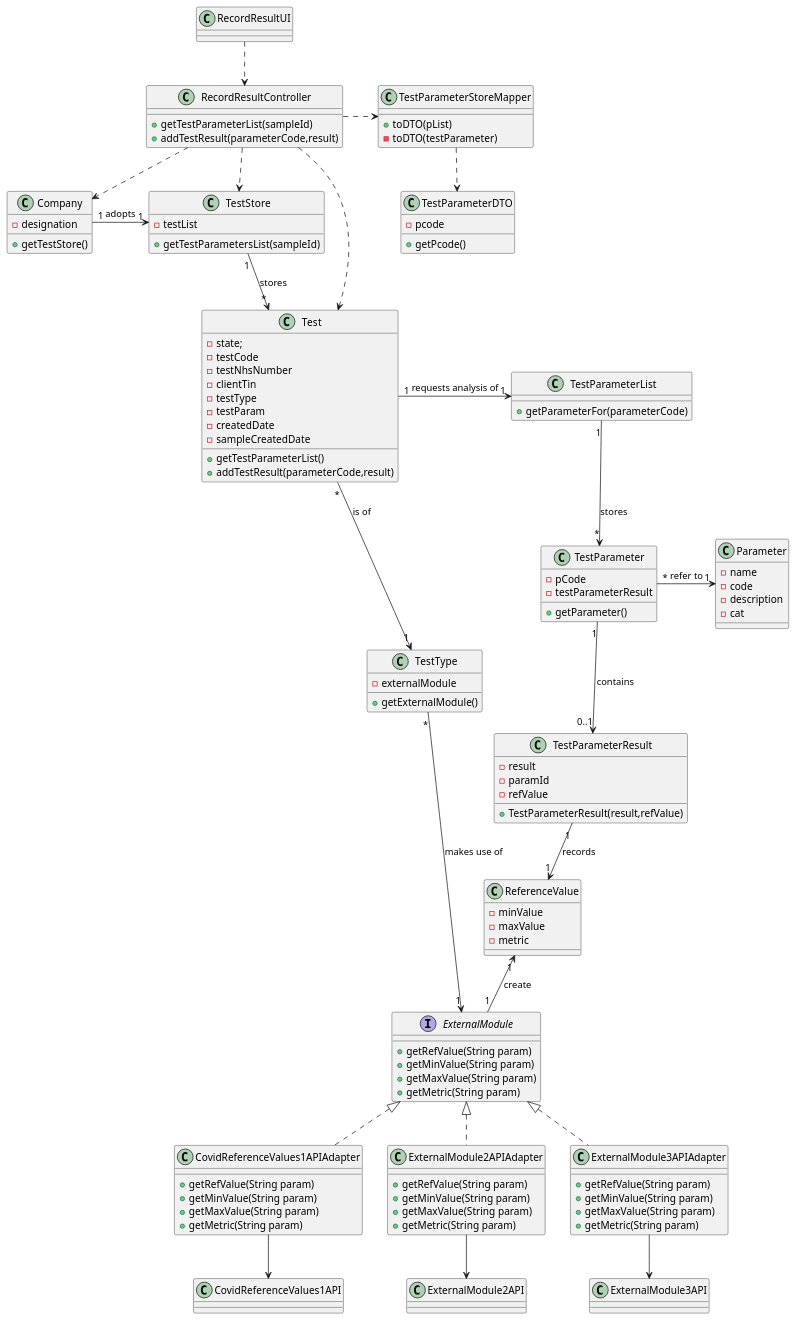
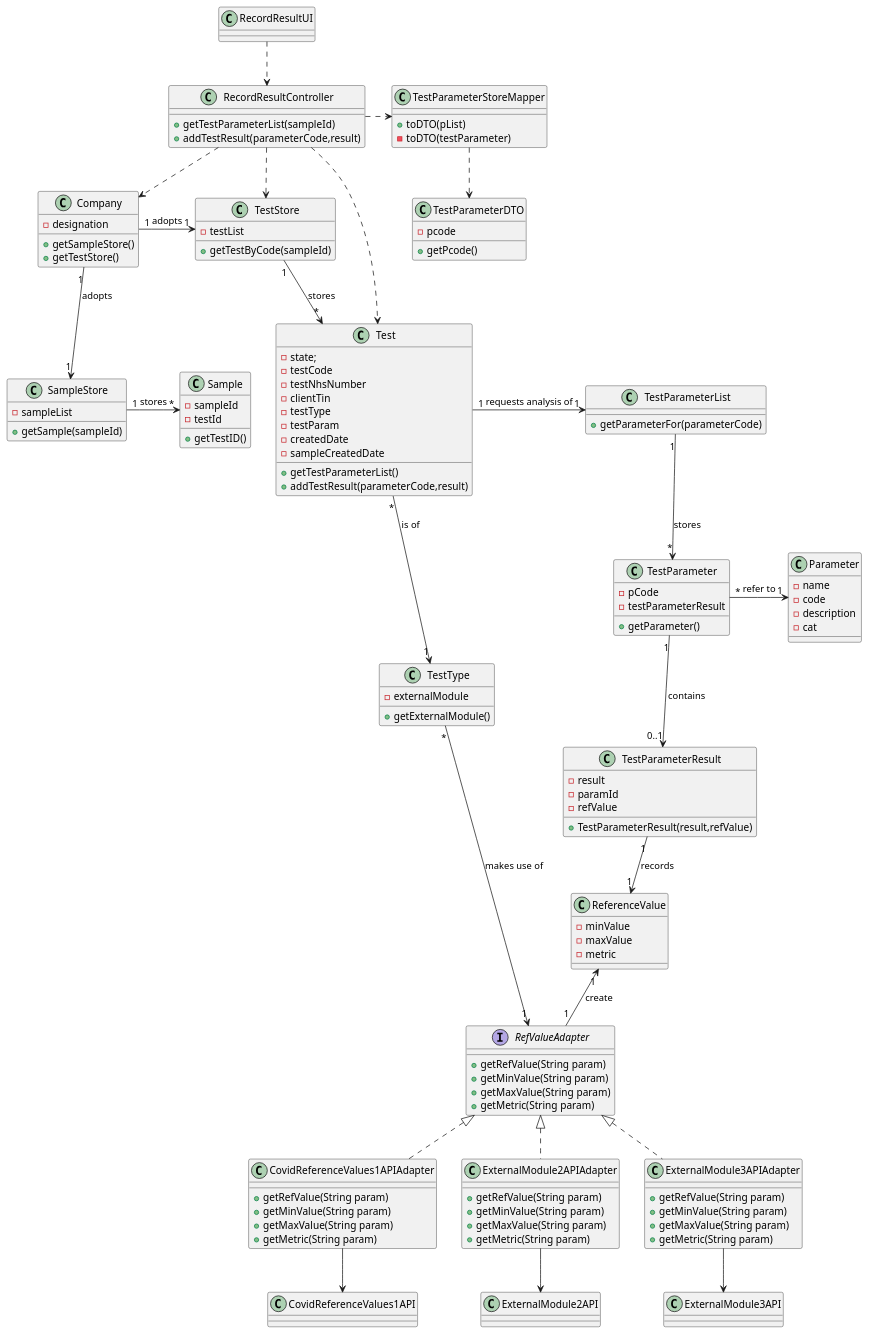
Before and after one commit to MarianaCLages/LAPR2: the diagram in docs/SprintC/US12/US12_CD.puml, drawn with PlantUML. The commit also changed 25 other files, not shown here.

```diff
--- a/docs/SprintC/US12/US12_CD.puml
+++ b/docs/SprintC/US12/US12_CD.puml
@@ -1,128 +1,139 @@
 @startuml
 'https://plantuml.com/class-diagram
 
 class RecordResultUI{
 }
 class RecordResultController{
 + getTestParameterList(sampleId)
 + addTestResult(parameterCode,result)
 }
 class Company{
 -designation
++getSampleStore()
 +getTestStore()
+}
+class SampleStore{
+-sampleList
++getSample(sampleId)
+}
+class Sample{
+-sampleId
+-testId
++getTestID()
 }
 class Test{
 -state;
 -testCode
 -testNhsNumber
 -clientTin
 -testType
 -testParam
 -createdDate
 -sampleCreatedDate
 +getTestParameterList()
 +addTestResult(parameterCode,result)
 }
 class TestParameterList{
 +getParameterFor(parameterCode)
 }
 class TestStore{
 -testList
-+getTestParametersList(sampleId)
++getTestByCode(sampleId)
 }
 class TestParameterStoreMapper{
 +toDTO(pList)
 -toDTO(testParameter)
 }
-
 class TestParameterDTO{
 -pcode
 +getPcode()
 }
 class TestParameter{
 - pCode
 - testParameterResult
 +getParameter()
 }
 class Parameter{
 -name
 -code
 -description
 -cat
 }
 class TestType{
 -externalModule
 +getExternalModule()
 }
-interface ExternalModule{
+interface RefValueAdapter{
 +getRefValue(String param)
 +getMinValue(String param)
 +getMaxValue(String param)
 +getMetric(String param)
 }
 class ReferenceValue{
 -minValue
 -maxValue
 -metric
 }
 class TestParameterResult{
 -result
 -paramId
 -refValue
 +TestParameterResult(result,refValue)
 }
 class CovidReferenceValues1API{
 }
 class ExternalModule2API{
 }
 class ExternalModule3API{
 }
 class CovidReferenceValues1APIAdapter{
 +getRefValue(String param)
 +getMinValue(String param)
 +getMaxValue(String param)
 +getMetric(String param)
 }
 class ExternalModule2APIAdapter{
 +getRefValue(String param)
 +getMinValue(String param)
 +getMaxValue(String param)
 +getMetric(String param)
 }
 class ExternalModule3APIAdapter{
 +getRefValue(String param)
 +getMinValue(String param)
 +getMaxValue(String param)
 +getMetric(String param)
 }
 RecordResultUI ..> RecordResultController
 RecordResultController ..> Company
 RecordResultController ..> TestStore
 RecordResultController ..> Test
 RecordResultController .> TestParameterStoreMapper
 TestParameterStoreMapper ..> TestParameterDTO
 
 Company "1" -> "1" TestStore: adopts
+Company "1" --> "1" SampleStore: adopts
 
+SampleStore "1" -> "*" Sample: stores
 Test "1"  -> "1" TestParameterList: requests analysis of
 TestParameterList "1" --> "*" TestParameter: stores
 TestParameter "*" -> "1" Parameter: refer to
 TestParameter "1" --> "0..1" TestParameterResult:contains
 TestParameterResult "1" --> "1" ReferenceValue: records
-ReferenceValue "1" <-- "1"ExternalModule: create
+ReferenceValue "1" <-- "1"RefValueAdapter: create
 Test "*" --> "1"TestType: is of
 TestStore "1" --> "*" Test: stores
-TestType "*" --> "1" ExternalModule: makes use of
+TestType "*" --> "1" RefValueAdapter: makes use of
 
 CovidReferenceValues1APIAdapter --> CovidReferenceValues1API
 ExternalModule2APIAdapter --> ExternalModule2API
 ExternalModule3APIAdapter  --> ExternalModule3API
 
-ExternalModule <|.. CovidReferenceValues1APIAdapter
-ExternalModule <|.. ExternalModule2APIAdapter
-ExternalModule <|.. ExternalModule3APIAdapter
+RefValueAdapter <|.. CovidReferenceValues1APIAdapter
+RefValueAdapter <|.. ExternalModule2APIAdapter
+RefValueAdapter <|.. ExternalModule3APIAdapter
 
 
 
 
 @enduml
```
